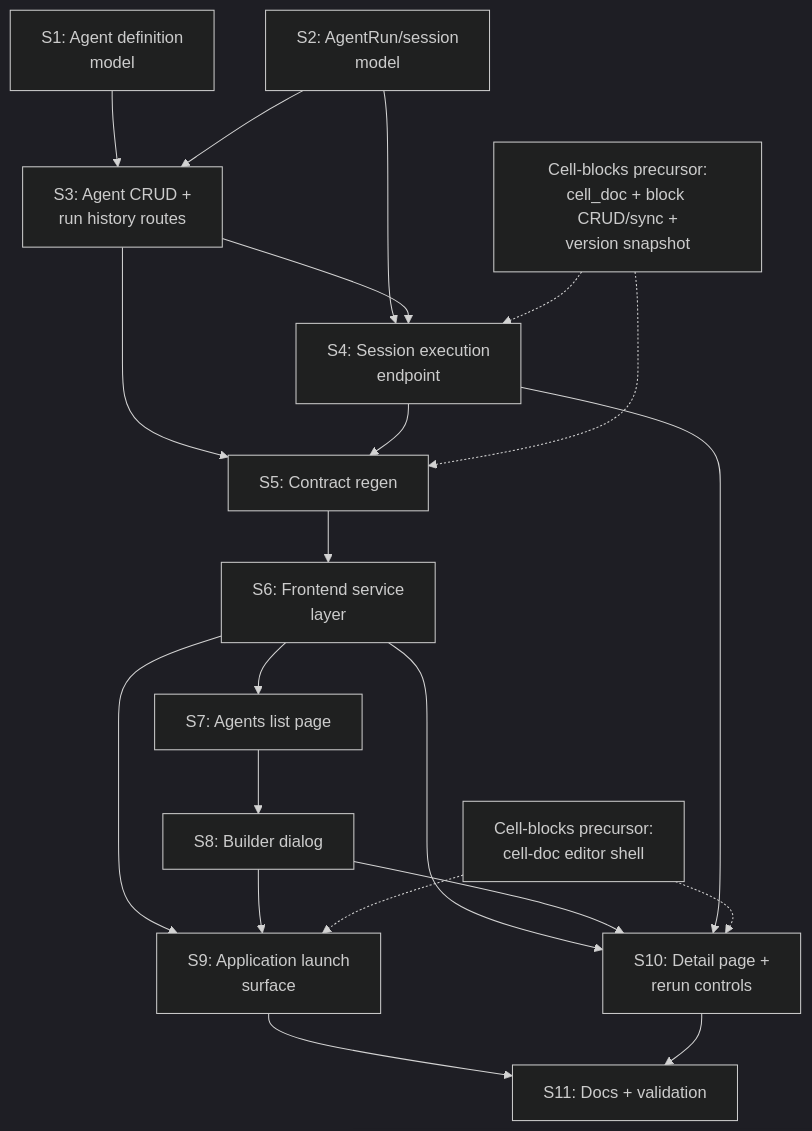
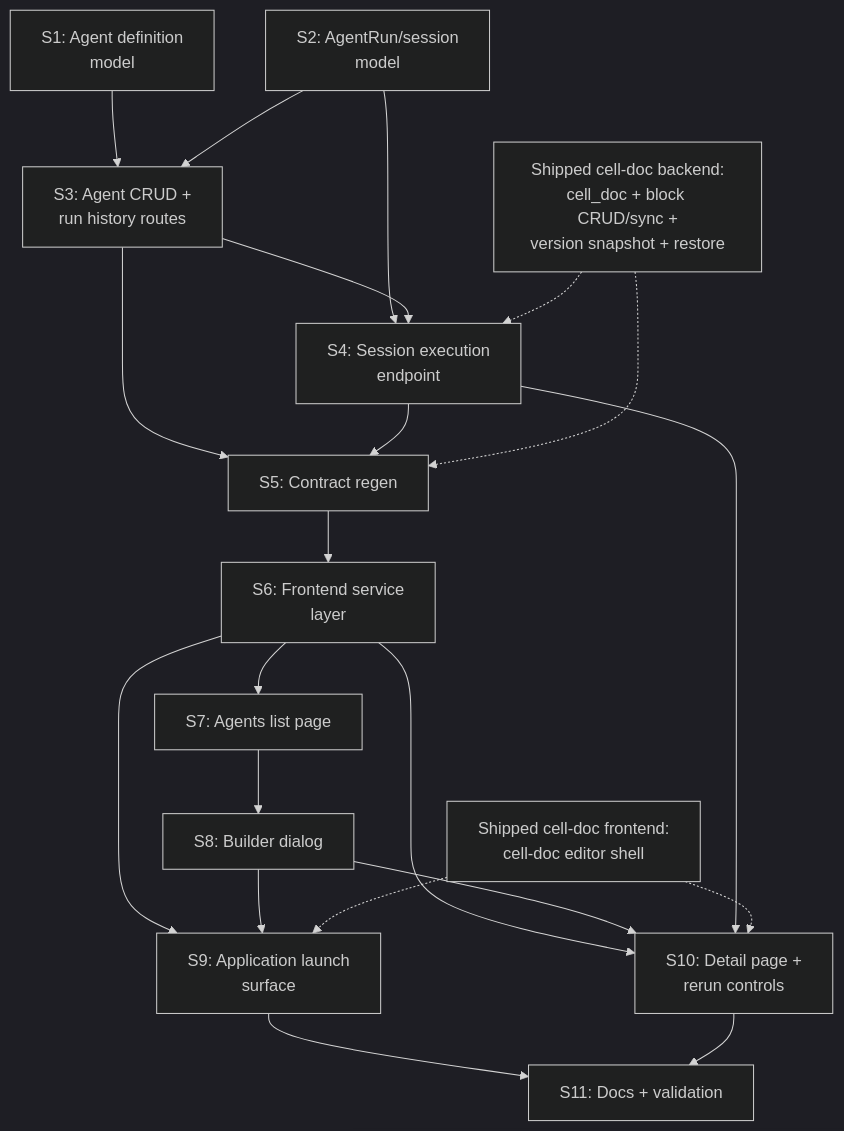
One commit to danphenderson/baldin changed the diagram in agents-epic.md. Above: the diagram before and after it, drawn with Mermaid (dark theme). The commit also changed other lines of this file and 16 other files, not shown here.

````diff
--- a/agents-epic.md
+++ b/agents-epic.md
@@ -302,39 +311,39 @@
 ```mermaid
 graph TD
-    C1["Cell-blocks precursor:<br/>cell_doc + block CRUD/sync +<br/>version snapshot"]
-    C2["Cell-blocks precursor:<br/>cell-doc editor shell"]
+    C1["Shipped cell-doc backend:<br/>cell_doc + block CRUD/sync +<br/>version snapshot + restore"]
+    C2["Shipped cell-doc frontend:<br/>cell-doc editor shell"]
 
     S1["S1: Agent definition<br/>model"]
     S2["S2: AgentRun/session<br/>model"]
     S3["S3: Agent CRUD +<br/>run history routes"]
     S4["S4: Session execution<br/>endpoint"]
     S5["S5: Contract regen"]
     S6["S6: Frontend service<br/>layer"]
     S7["S7: Agents list page"]
     S8["S8: Builder dialog"]
     S9["S9: Application launch<br/>surface"]
     S10["S10: Detail page +<br/>rerun controls"]
     S11["S11: Docs + validation"]
 
     S1 --> S3
     S2 --> S3
     S2 --> S4
     S3 --> S4
     S3 --> S5
     S4 --> S5
     S5 --> S6
     S6 --> S7
     S7 --> S8
     S6 --> S9
     S8 --> S9
     S6 --> S10
     S8 --> S10
     S4 --> S10
     S9 --> S11
     S10 --> S11
 
     C1 -.-> S4
     C1 -.-> S5
     C2 -.-> S9
     C2 -.-> S10
 ```
````
